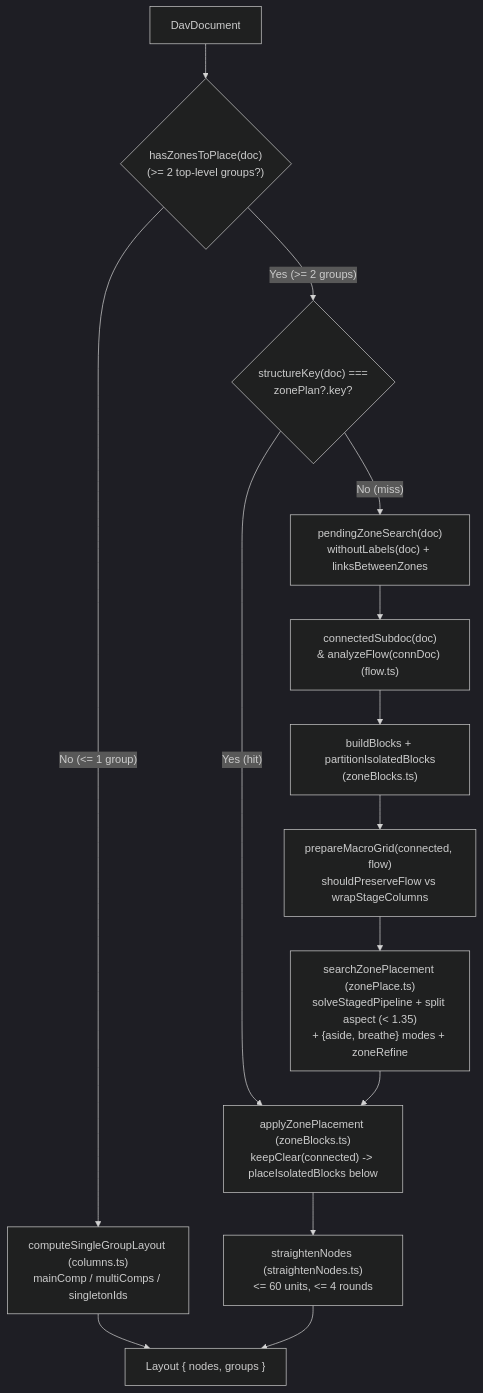
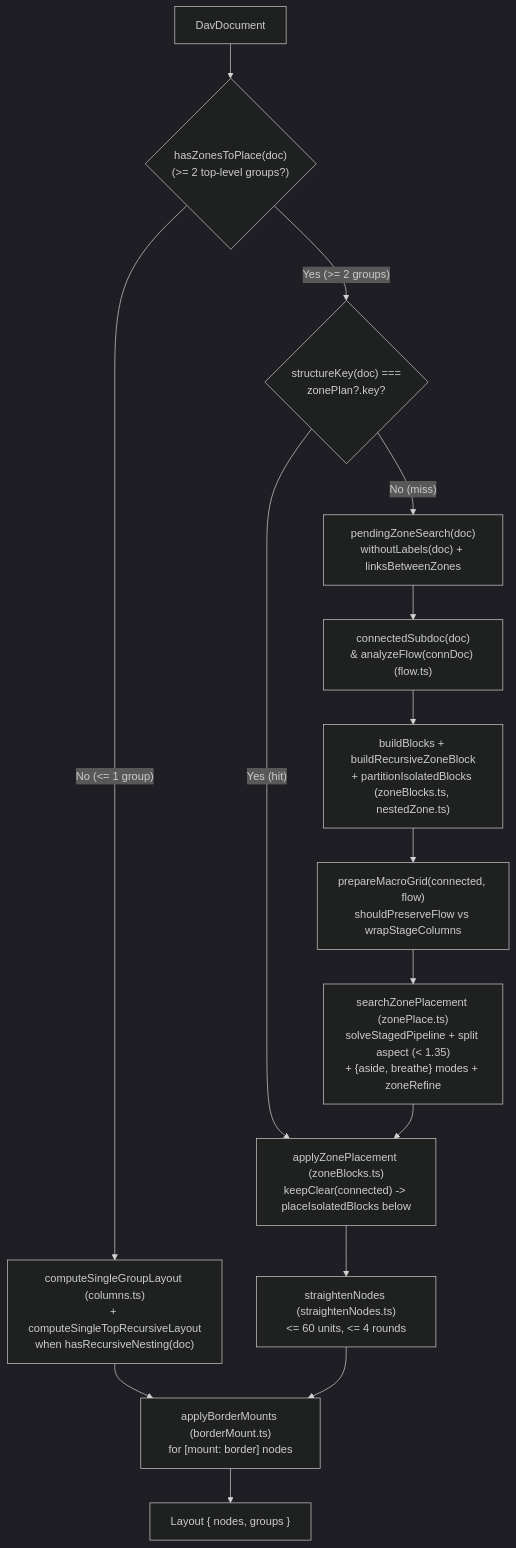
The diagram in docs/v2/layout-algorithm.md (Osg-Junue/DynamicArchitectViewer), drawn with Mermaid (dark theme) before and after one commit. The commit also changed other lines of this file and 3 other files, not shown here.

Commit message:
docs: update layout, v2 algorithm, and architecture docs for recursive layout and Phase 3 features

````diff
--- a/docs/v2/layout-algorithm.md
+++ b/docs/v2/layout-algorithm.md
@@ -55,17 +57,18 @@
 ```mermaid
 flowchart TD
   Doc["DavDocument"] --> HasZones{"hasZonesToPlace(doc)\n(>= 2 top-level groups?)"}
-  HasZones -- "No (<= 1 group)" --> SingleGroup["computeSingleGroupLayout (columns.ts)\nmainComp / multiComps / singletonIds"]
-  SingleGroup --> Out["Layout { nodes, groups }"]
+  HasZones -- "No (<= 1 group)" --> SingleGroup["computeSingleGroupLayout (columns.ts)\n+ computeSingleTopRecursiveLayout\nwhen hasRecursiveNesting(doc)"]
+  SingleGroup --> Mount["applyBorderMounts (borderMount.ts)\nfor [mount: border] nodes"]
+  Mount --> Out["Layout { nodes, groups }"]
 
   HasZones -- "Yes (>= 2 groups)" --> Cache{"structureKey(doc) ===\nzonePlan?.key?"}
   Cache -- "Yes (hit)" --> Apply
   Cache -- "No (miss)" --> Strip["pendingZoneSearch(doc)\nwithoutLabels(doc) + linksBetweenZones"]
   Strip --> Conn["connectedSubdoc(doc)\n& analyzeFlow(connDoc) (flow.ts)"]
-  Conn --> Blocks["buildBlocks + partitionIsolatedBlocks\n(zoneBlocks.ts)"]
+  Conn --> Blocks["buildBlocks + buildRecursiveZoneBlock\n+ partitionIsolatedBlocks (zoneBlocks.ts, nestedZone.ts)"]
   Blocks --> Grid["prepareMacroGrid(connected, flow)\nshouldPreserveFlow vs wrapStageColumns"]
   Grid --> Place["searchZonePlacement (zonePlace.ts)\nsolveStagedPipeline + split aspect (< 1.35)\n+ {aside, breathe} modes + zoneRefine"]
   Place --> Apply["applyZonePlacement (zoneBlocks.ts)\nkeepClear(connected) -> placeIsolatedBlocks below"]
   Apply --> StraightNodes["straightenNodes (straightenNodes.ts)\n<= 60 units, <= 4 rounds"]
-  StraightNodes --> Out
+  StraightNodes --> Mount
 ```
````
